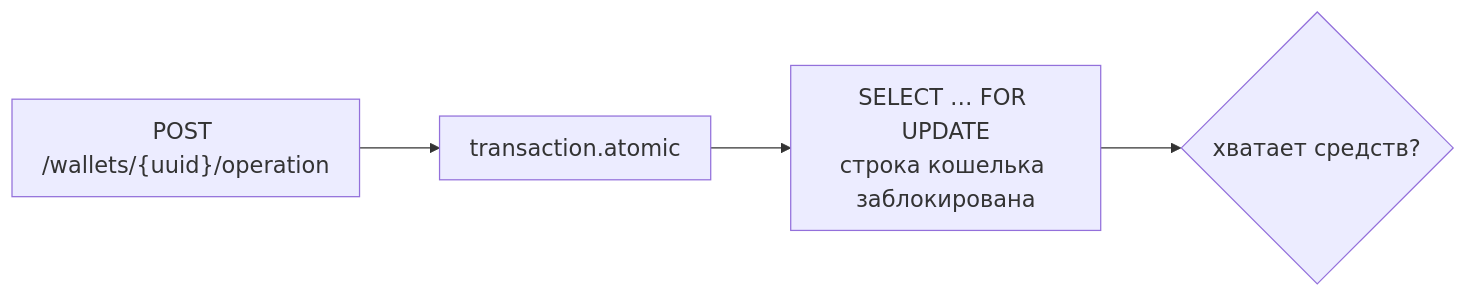
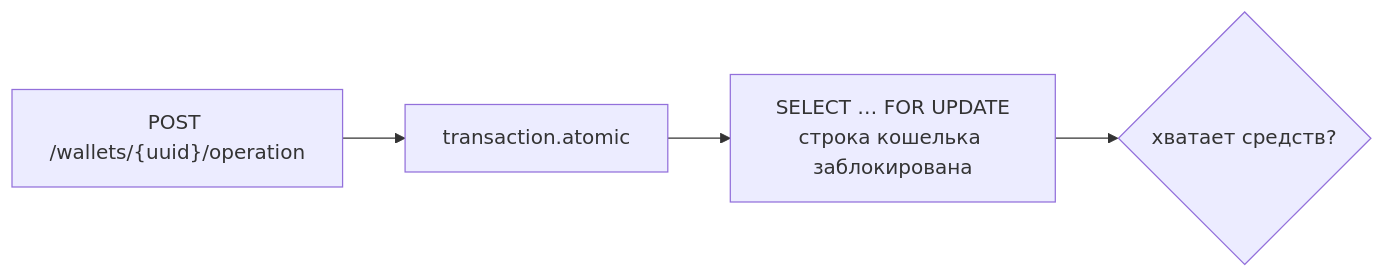
One commit to SlavaKlkv/wallet changed the first of 2 diagrams in README.md. Above: the diagram before and after it, drawn with Mermaid. The commit also changed other lines of this file, not shown here.

Commit message:
Restore default Mermaid diagram sizing

````diff
--- a/README.md
+++ b/README.md
@@ -17,7 +17,6 @@
 ```mermaid
-%%{init: {"themeVariables": {"fontSize": "18px"}, "flowchart": {"nodeSpacing": 56, "rankSpacing": 64, "diagramPadding": 24, "padding": 12}}}%%
 flowchart LR
   R["POST /wallets/{uuid}/operation"] --> T["transaction.atomic"]
   T --> L["SELECT … FOR UPDATE<br/>строка кошелька заблокирована"]
   L --> V{"хватает средств?"}
 ```
````
